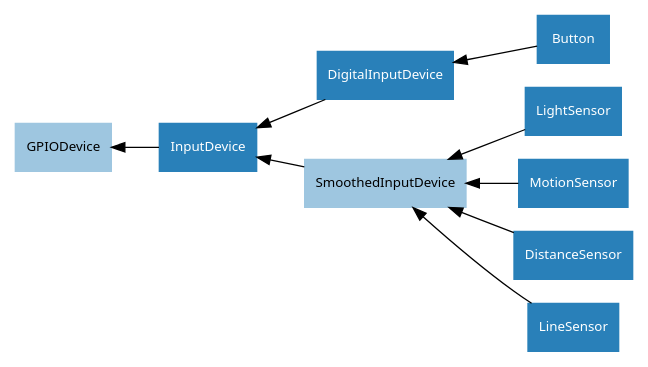
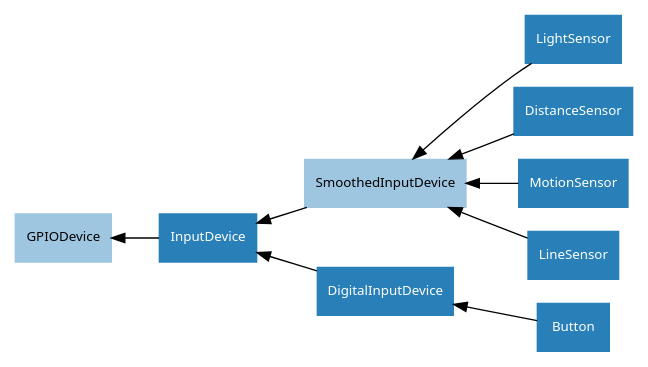
Before and after one commit to gpiozero/gpiozero: the diagram in docs/images/input_device_hierarchy.dot, drawn with Graphviz. The commit also changed other lines of this file and 20 other files, not shown here.

Commit message:
More class chart tidying

```diff
--- a/docs/images/input_device_hierarchy.dot
+++ b/docs/images/input_device_hierarchy.dot
@@ -1,28 +1,28 @@
 digraph classes {
     graph [rankdir=RL];
     node [shape=rect, style=filled, fontname=Sans, fontsize=10];
     edge [];
 
     /* Mixin classes */
     node [color="#c69ee0", fontcolor="#000000"]
 
     
 
     /* Abstract classes */
     node [color="#9ec6e0", fontcolor="#000000"]
 
+    GPIODevice;
     SmoothedInputDevice;
-    GPIODevice;
 
     /* Concrete classes */
     node [color="#2980b9", fontcolor="#ffffff"];
 
+    LightSensor->SmoothedInputDevice;
+    DistanceSensor->SmoothedInputDevice;
+    DigitalInputDevice->InputDevice;
+    MotionSensor->SmoothedInputDevice;
+    LineSensor->SmoothedInputDevice;
+    SmoothedInputDevice->InputDevice;
+    Button->DigitalInputDevice;
     InputDevice->GPIODevice;
-    LightSensor->SmoothedInputDevice;
-    MotionSensor->SmoothedInputDevice;
-    Button->DigitalInputDevice;
-    DigitalInputDevice->InputDevice;
-    DistanceSensor->SmoothedInputDevice;
-    SmoothedInputDevice->InputDevice;
-    LineSensor->SmoothedInputDevice;
 }
```
